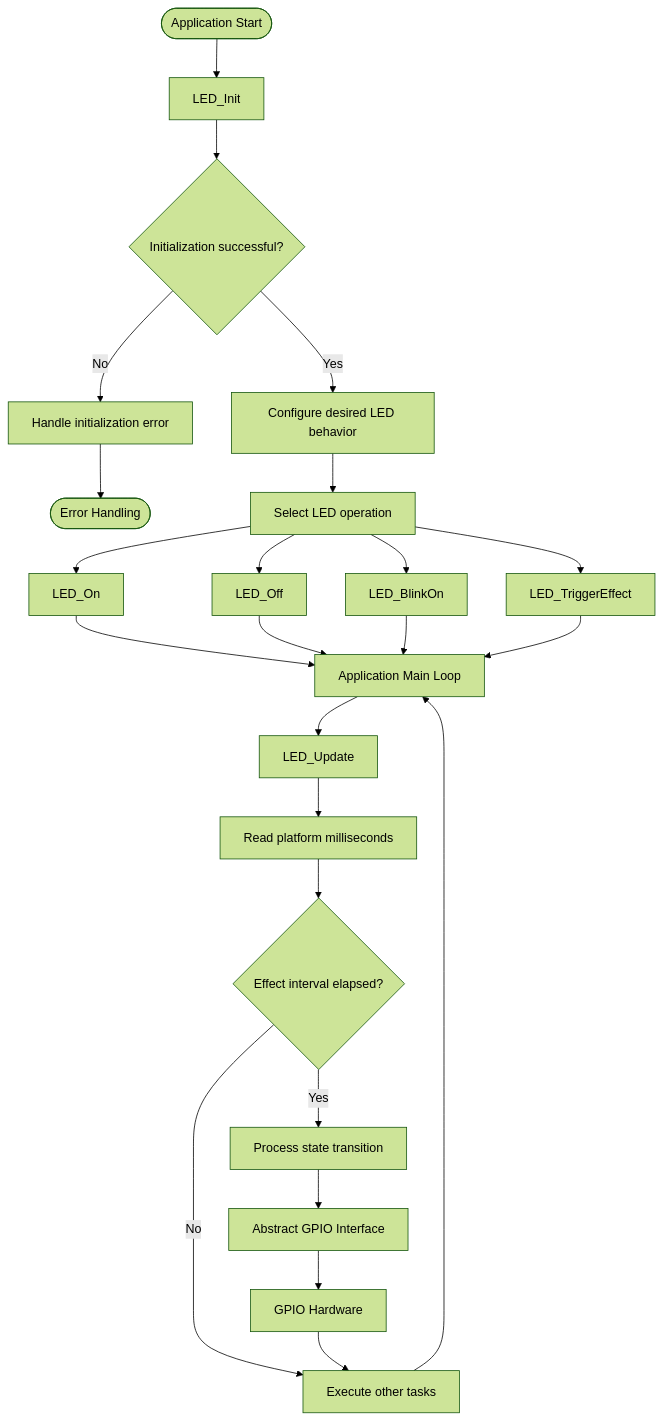
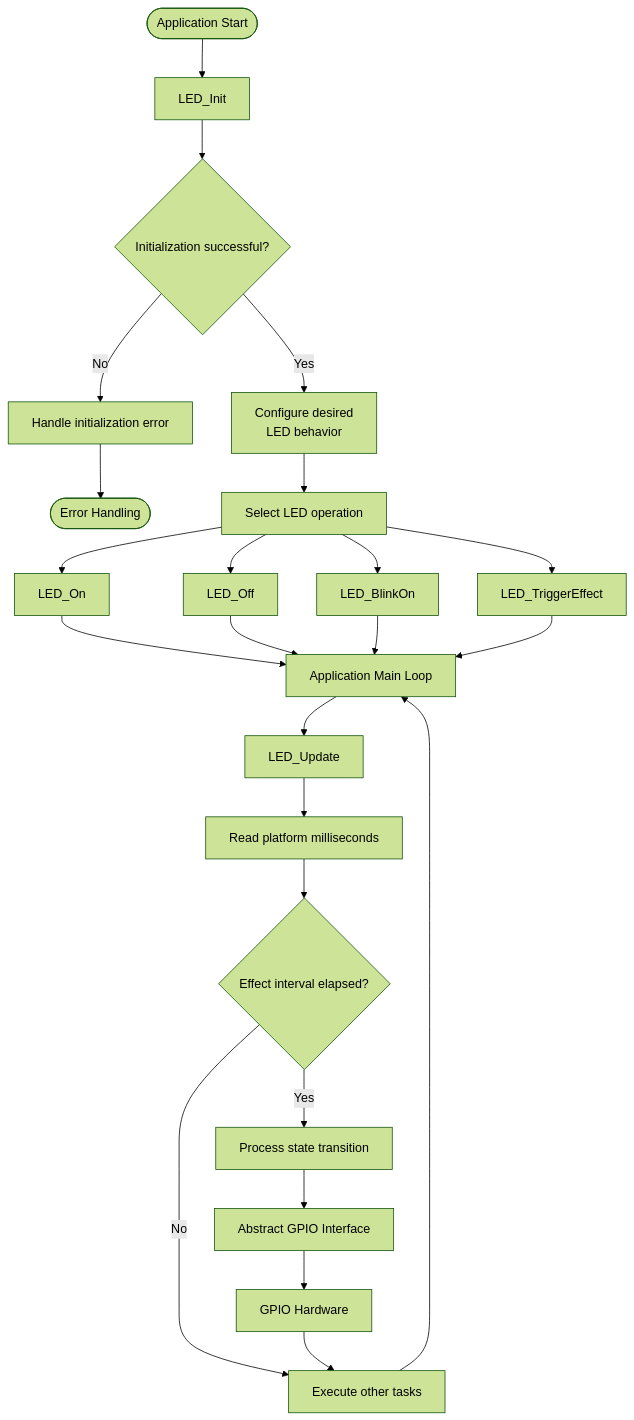
One commit to JP-REY/STM32F103C8T6-Based-Electronic-Lock changed the third of 5 diagrams in Libs/Components/Led/README.md. Above: the diagram before and after it, drawn with Mermaid (forest theme). The commit also changed other lines of this file and 9 other files, not shown here.

````diff
--- a/Libs/Components/Led/README.md
+++ b/Libs/Components/Led/README.md
@@ -749,38 +749,38 @@
 ```mermaid
 flowchart TD
     START([Application Start])
 
     START --> INIT[LED_Init]
     INIT --> INIT_OK{"Initialization successful?"}
 
     INIT_OK -->|No| ERROR[Handle initialization error]
     ERROR --> END_ERROR([Error Handling])
 
-    INIT_OK -->|Yes| CONFIG[Configure desired LED behavior]
+    INIT_OK -->|Yes| CONFIG[Configure desired<br/> LED behavior]
 
     CONFIG --> COMMAND["Select LED operation"]
     COMMAND --> ON[LED_On]
     COMMAND --> OFF[LED_Off]
     COMMAND --> BLINK[LED_BlinkOn]
     COMMAND --> EFFECT[LED_TriggerEffect]
 
     ON --> LOOP
     OFF --> LOOP
     BLINK --> LOOP
     EFFECT --> LOOP
 
     LOOP[Application Main Loop]
 
     LOOP --> UPDATE[LED_Update]
     UPDATE --> TIME[Read platform milliseconds]
     TIME --> ELAPSED{"Effect interval elapsed?"}
 
     ELAPSED -->|No| APP[Execute other tasks]
     ELAPSED -->|Yes| TRANSITION[Process state transition]
 
     TRANSITION --> GPIO[Abstract GPIO Interface]
     GPIO --> HW[GPIO Hardware]
 
     HW --> APP
     APP --> LOOP
 ```
````
